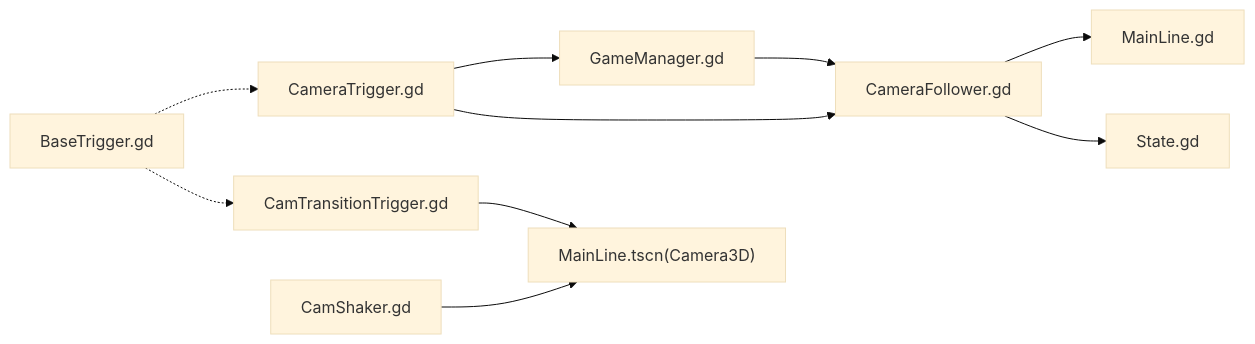
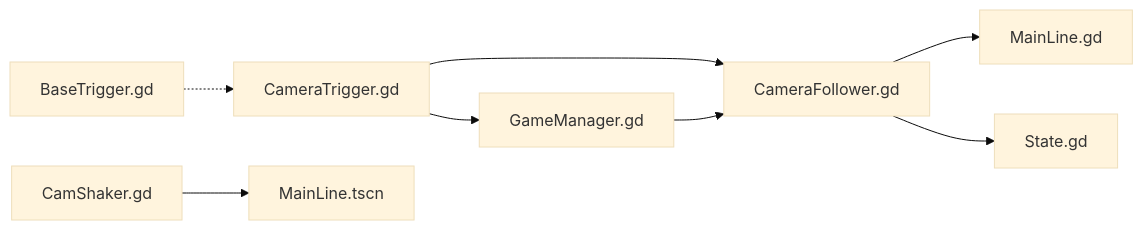
Before and after one commit to godotline/godot-line: the seventh of 7 diagrams in .qoder/repowiki/zh/content/游戏系统/触发器系统/相机触发器.md, drawn with Mermaid (base theme). The commit also changed other lines of this file and 10 other files, not shown here.

````diff
--- a/.qoder/repowiki/zh/content/游戏系统/触发器系统/相机触发器.md
+++ b/.qoder/repowiki/zh/content/游戏系统/触发器系统/相机触发器.md
@@ -416,12 +372,10 @@
 ```mermaid
 graph LR
 CT["CameraTrigger.gd"] --> GM["GameManager.gd"]
 CT --> CF["CameraFollower.gd"]
-CTT["CamTransitionTrigger.gd"] --> SCN["MainLine.tscn(Camera3D)"]
 CF --> ML["MainLine.gd"]
 CF --> ST["State.gd"]
 GM --> CF
-CS["CamShaker.gd"] --> SCN
+CS["CamShaker.gd"] --> SCN["MainLine.tscn"]
 BT["BaseTrigger.gd"] -.-> CT
-BT -.-> CTT
 ```
````
